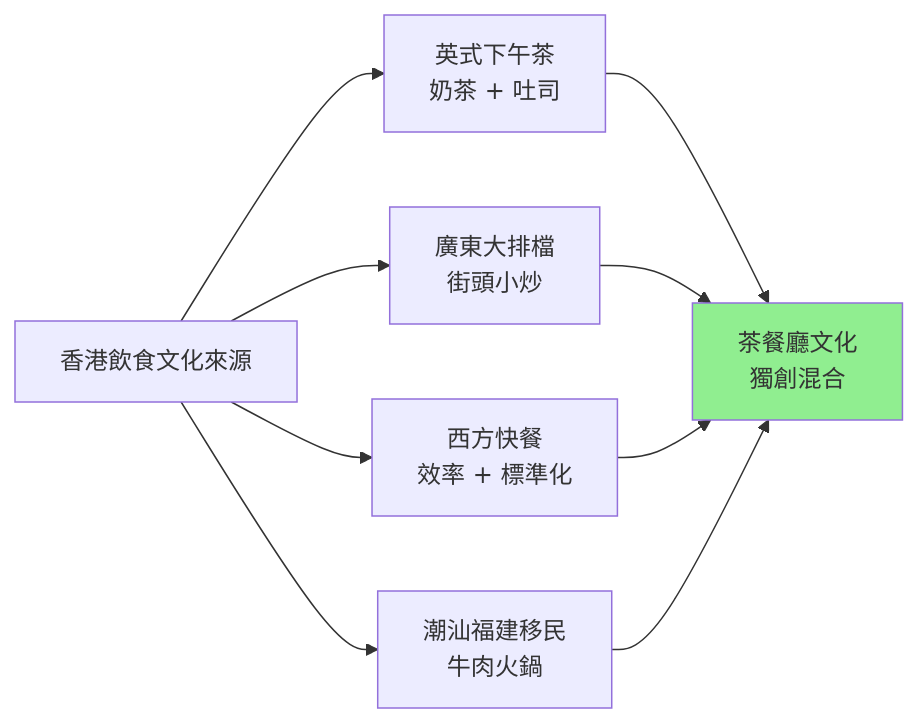
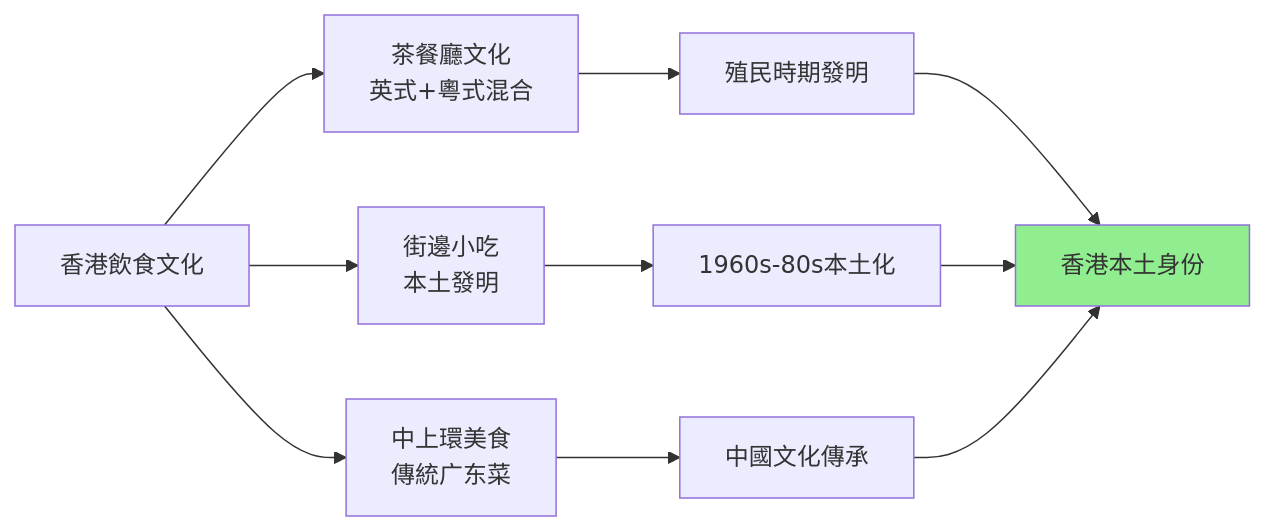
The tenth of 10 diagrams in 01_HKU_Courses/HIST2077_Eating_history.md (yip-lgtm/HKU-Harvard-History-Self-Study), drawn with Mermaid before and after one commit. The commit also changed other lines of this file and 25 other files, not shown here.

````diff
--- a/01_HKU_Courses/HIST2077_Eating_history.md
+++ b/01_HKU_Courses/HIST2077_Eating_history.md
@@ -161,12 +342,13 @@
 ```mermaid
 graph LR
-    A["香港飲食文化來源"] --> B["英式下午茶<br/>奶茶 + 吐司"]
-    A --> C["廣東大排檔<br/>街頭小炒"]
-    A --> D["西方快餐<br/>效率 + 標準化"]
-    A --> E["潮汕福建移民<br/>牛肉火鍋"]
-    B --> F["茶餐廳文化<br/>獨創混合"]
-    C --> F
-    D --> F
-    E --> F
-    style F fill:#90EE90
+    A["香港飲食文化"] --> B["茶餐廳文化<br/>英式+粵式混合"]
+    A --> C["街邊小吃<br/>本土發明"]
+    A --> D["中上環美食<br/>傳統广东菜"]
+    B --> E["殖民時期發明"]
+    C --> F["1960s-80s本土化"]
+    D --> G["中國文化傳承"]
+    E --> H["香港本土身份"]
+    F --> H
+    G --> H
+    style H fill:#90EE90
 ```
````
